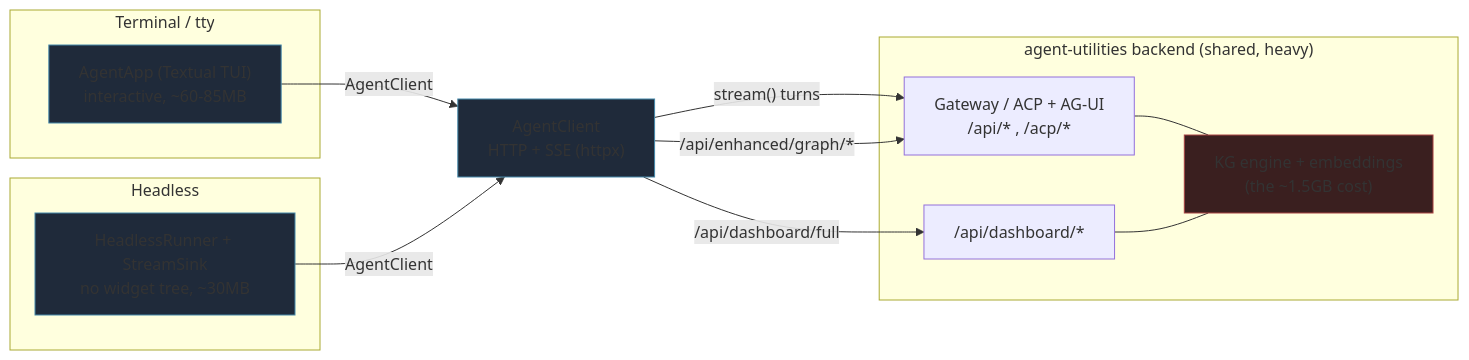
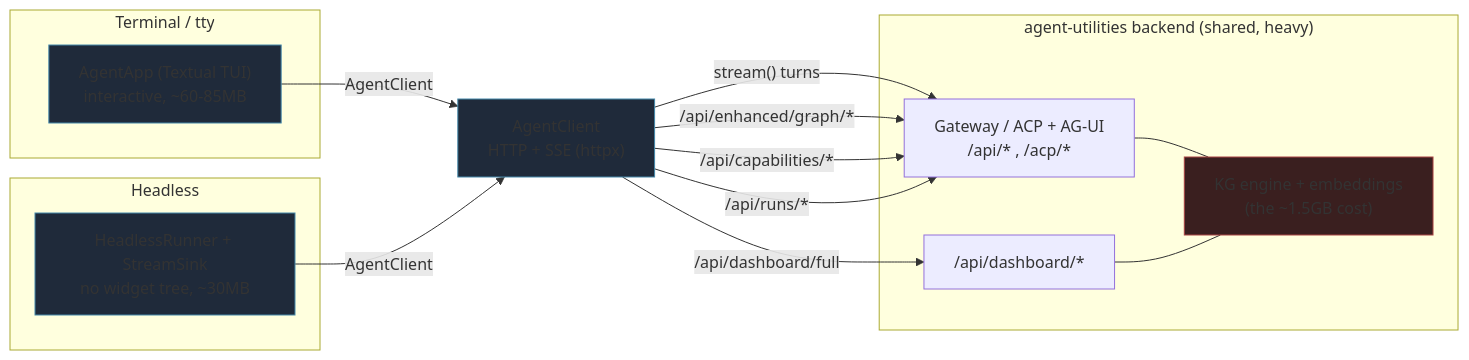
One commit to Knuckles-Team/agent-terminal-ui changed the diagram in docs/architecture.md. Above: the diagram before and after it, drawn with Mermaid. The commit also changed other lines of this file and 170 other files, not shown here.

````diff
--- a/docs/architecture.md
+++ b/docs/architecture.md
@@ -11,30 +11,32 @@
 ```mermaid
 flowchart LR
     subgraph term["Terminal / tty"]
         UI["AgentApp (Textual TUI)<br/>interactive, ~60-85MB"]
     end
     subgraph head["Headless"]
         HL["HeadlessRunner + StreamSink<br/>no widget tree, ~30MB"]
     end
 
     UI -->|AgentClient| C
     HL -->|AgentClient| C
     C["AgentClient<br/>HTTP + SSE (httpx)"]
 
     subgraph backend["agent-utilities backend (shared, heavy)"]
         GW["Gateway / ACP + AG-UI<br/>/api/* , /acp/*"]
         KG["KG engine + embeddings<br/>(the ~1.5GB cost)"]
         DASH["/api/dashboard/*"]
         GW --- KG
         DASH --- KG
     end
 
     C -->|"stream() turns"| GW
     C -->|"/api/dashboard/full"| DASH
     C -->|"/api/enhanced/graph/*"| GW
+    C -->|"/api/capabilities/*"| GW
+    C -->|"/api/runs/*"| GW
 
     classDef heavy fill:#3a1f1f,stroke:#a44;
     classDef light fill:#1f2a3a,stroke:#48a;
     class KG heavy;
     class UI,HL,C light;
 ```
````
